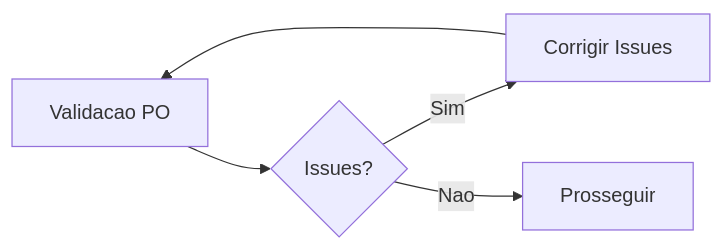
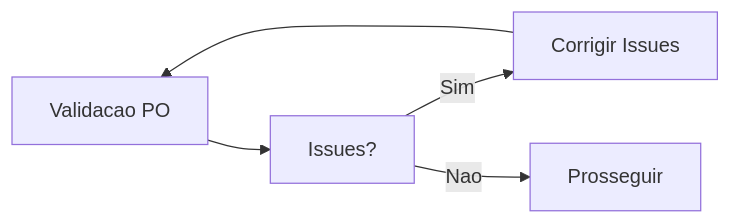
One commit to bychrisr/aios-docs changed the sixth of 9 diagrams in content/en/docs/guides/workflows/BROWNFIELD-FULLSTACK-WORKFLOW.mdx. Above: the diagram before and after it, drawn with Mermaid. The commit also changed other lines of this file and 40 other files, not shown here.

````diff
--- a/content/en/docs/guides/workflows/BROWNFIELD-FULLSTACK-WORKFLOW.mdx
+++ b/content/en/docs/guides/workflows/BROWNFIELD-FULLSTACK-WORKFLOW.mdx
@@ -593,7 +593,7 @@
 ```mermaid
 flowchart LR
-    A[Validacao PO] --> B{Issues?}
+    A[Validacao PO] --> B[Issues?]
     B -->|Sim| C[Corrigir Issues]
     C --> A
     B -->|Nao| D[Prosseguir]
 ```
````
